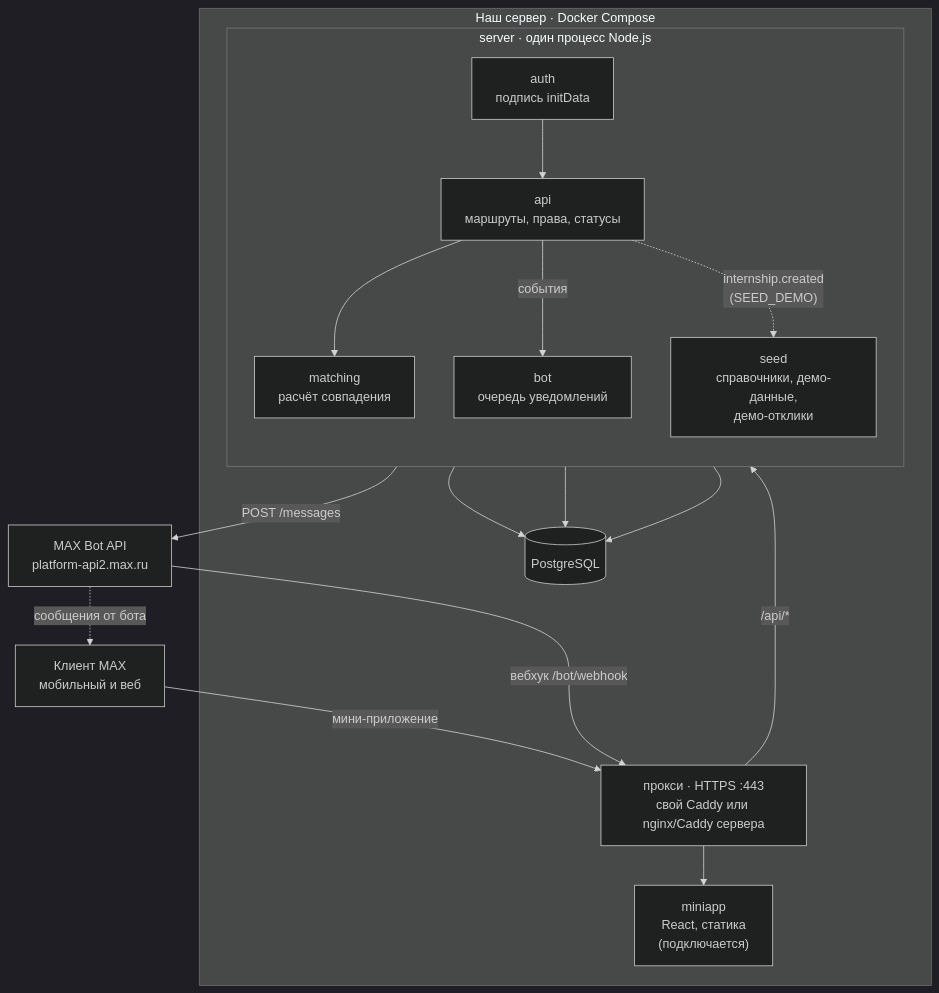
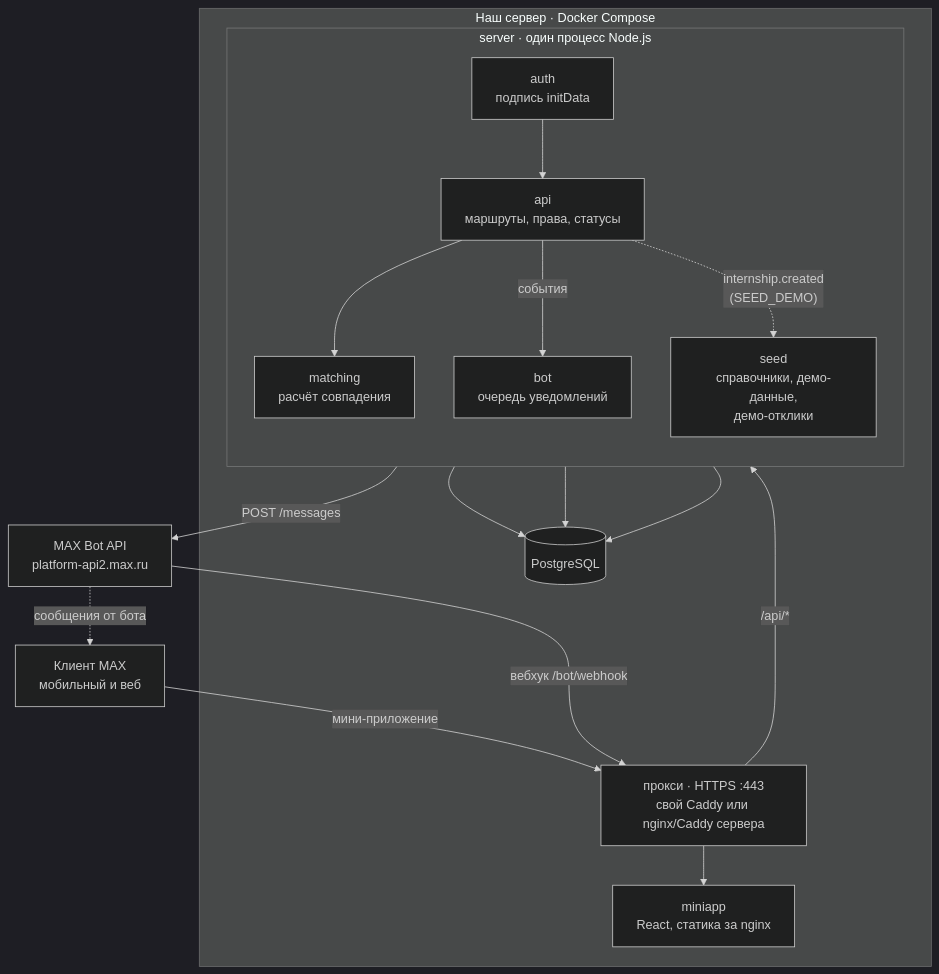
The first of 4 diagrams in docs/architecture.md (cyxar4uk/max-effective-business), drawn with Mermaid (dark theme) before and after one commit. The commit also changed other lines of this file and 14 other files, not shown here.

````diff
--- a/docs/architecture.md
+++ b/docs/architecture.md
@@ -8,32 +8,32 @@
 ```mermaid
 flowchart TB
   client["Клиент MAX<br/>мобильный и веб"]
   botapi["MAX Bot API<br/>platform-api2.max.ru"]
 
   subgraph VPS["Наш сервер · Docker Compose"]
     caddy["прокси · HTTPS :443<br/>свой Caddy или nginx/Caddy сервера"]
-    miniapp["miniapp<br/>React, статика<br/>(подключается)"]
+    miniapp["miniapp<br/>React, статика за nginx"]
     subgraph server["server · один процесс Node.js"]
       direction TB
       auth["auth<br/>подпись initData"]
       api["api<br/>маршруты, права, статусы"]
       matching["matching<br/>расчёт совпадения"]
       bot["bot<br/>очередь уведомлений"]
       seed["seed<br/>справочники, демо-данные,<br/>демо-отклики"]
     end
     db[("PostgreSQL")]
   end
 
   client -->|"мини-приложение"| caddy
   caddy --> miniapp
   caddy -->|"/api/*"| auth --> api
   api --> matching
   api -->|"события"| bot
   api -.->|"internship.created<br/>(SEED_DEMO)"| seed
   api --> db
   bot --> db
   seed --> db
   bot -->|"POST /messages"| botapi
   botapi -->|"вебхук /bot/webhook"| caddy
   botapi -.->|"сообщения от бота"| client
 ```
````
